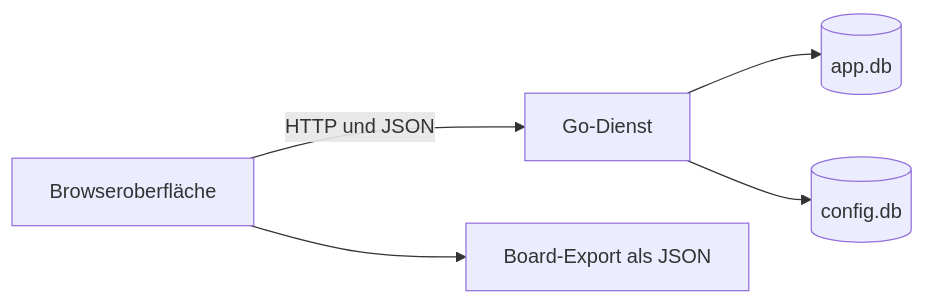
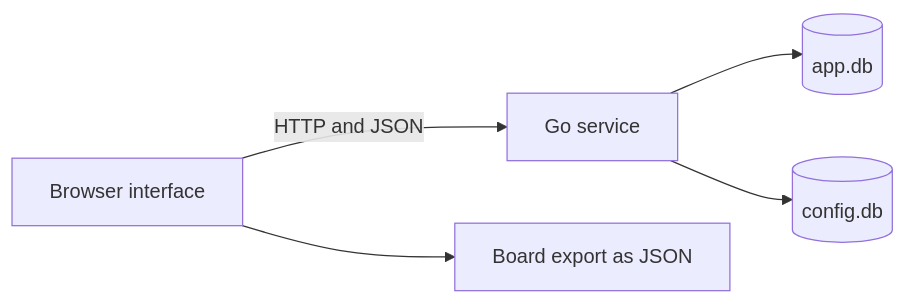
The diagram in README.md (Zuendelmeister-Dev/Kanbanodon), drawn with Mermaid before and after one commit. The commit also changed other lines of this file and 2 other files, not shown here.

````diff
--- a/README.md
+++ b/README.md
@@ -127,7 +137,7 @@
 ```mermaid
 flowchart LR
-    Browser["Browseroberfläche"] -->|HTTP und JSON| Server["Go-Dienst"]
-    Server --> Daten[("app.db")]
-    Server --> Konfiguration[("config.db")]
-    Browser --> Datei["Board-Export als JSON"]
+    Browser["Browser interface"] -->|HTTP and JSON| Server["Go service"]
+    Server --> Data[("app.db")]
+    Server --> Configuration[("config.db")]
+    Browser --> File["Board export as JSON"]
 ```
````
